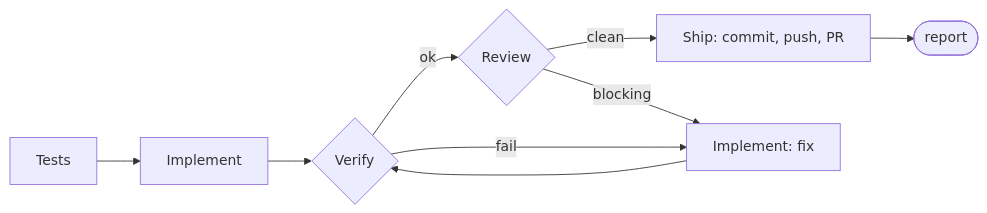
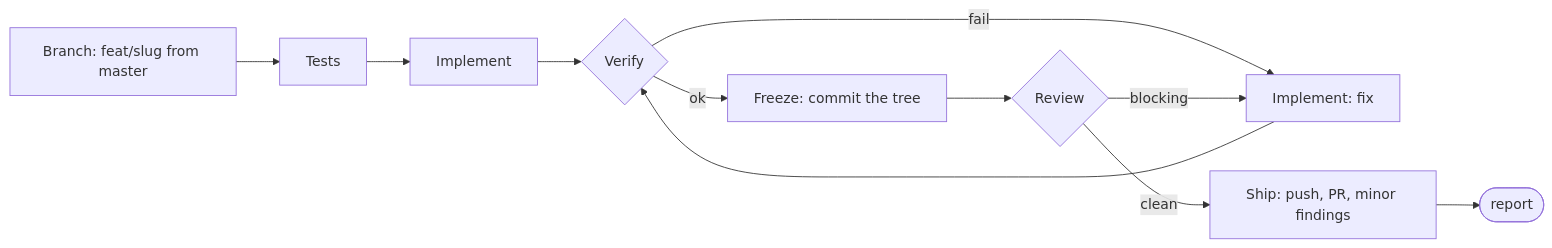
The diagram in skarbiec-plan/workflow.md (Maliniak93/FinMel), drawn with Mermaid before and after one commit. The commit also changed other lines of this file and 13 other files, not shown here.

````diff
--- a/skarbiec-plan/workflow.md
+++ b/skarbiec-plan/workflow.md
@@ -20,9 +22,11 @@
 ```mermaid
 flowchart LR
-    T[Tests] --> I[Implement] --> V{Verify}
-    V -- ok --> R{Review}
+    B[Branch: feat/slug from master] --> T[Tests]
+    T --> I[Implement] --> V{Verify}
     V -- fail --> IF[Implement: fix] --> V
-    R -- clean --> S[Ship: commit, push, PR]
+    V -- ok --> C[Freeze: commit the tree]
+    C --> R{Review}
     R -- blocking --> IF
+    R -- clean --> S[Ship: push, PR, minor findings]
     S --> Done([report])
 ```
````
